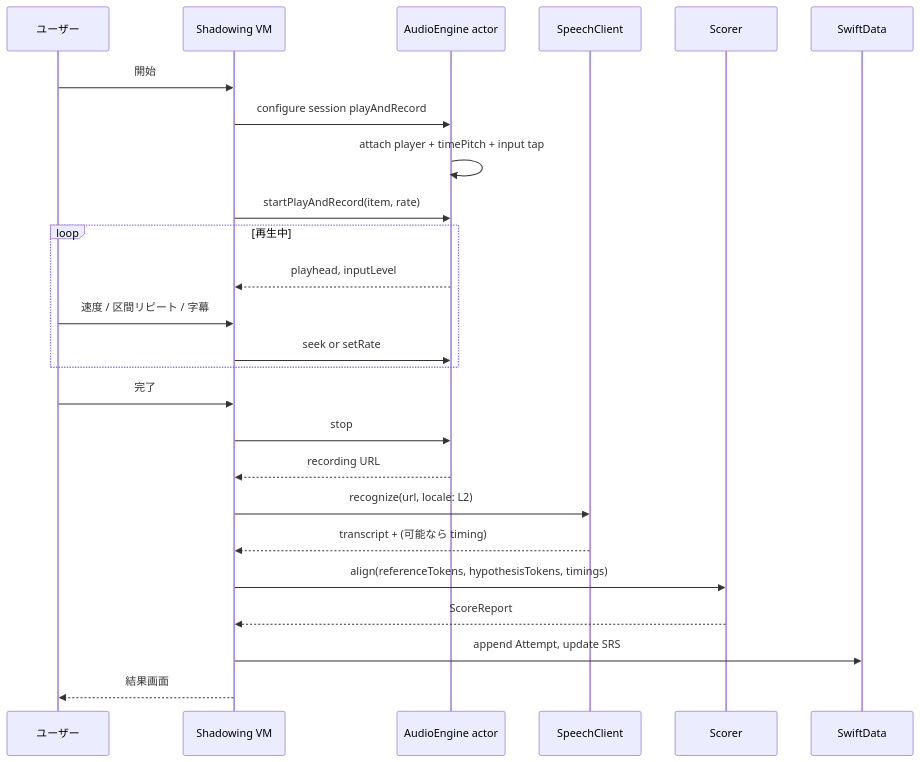
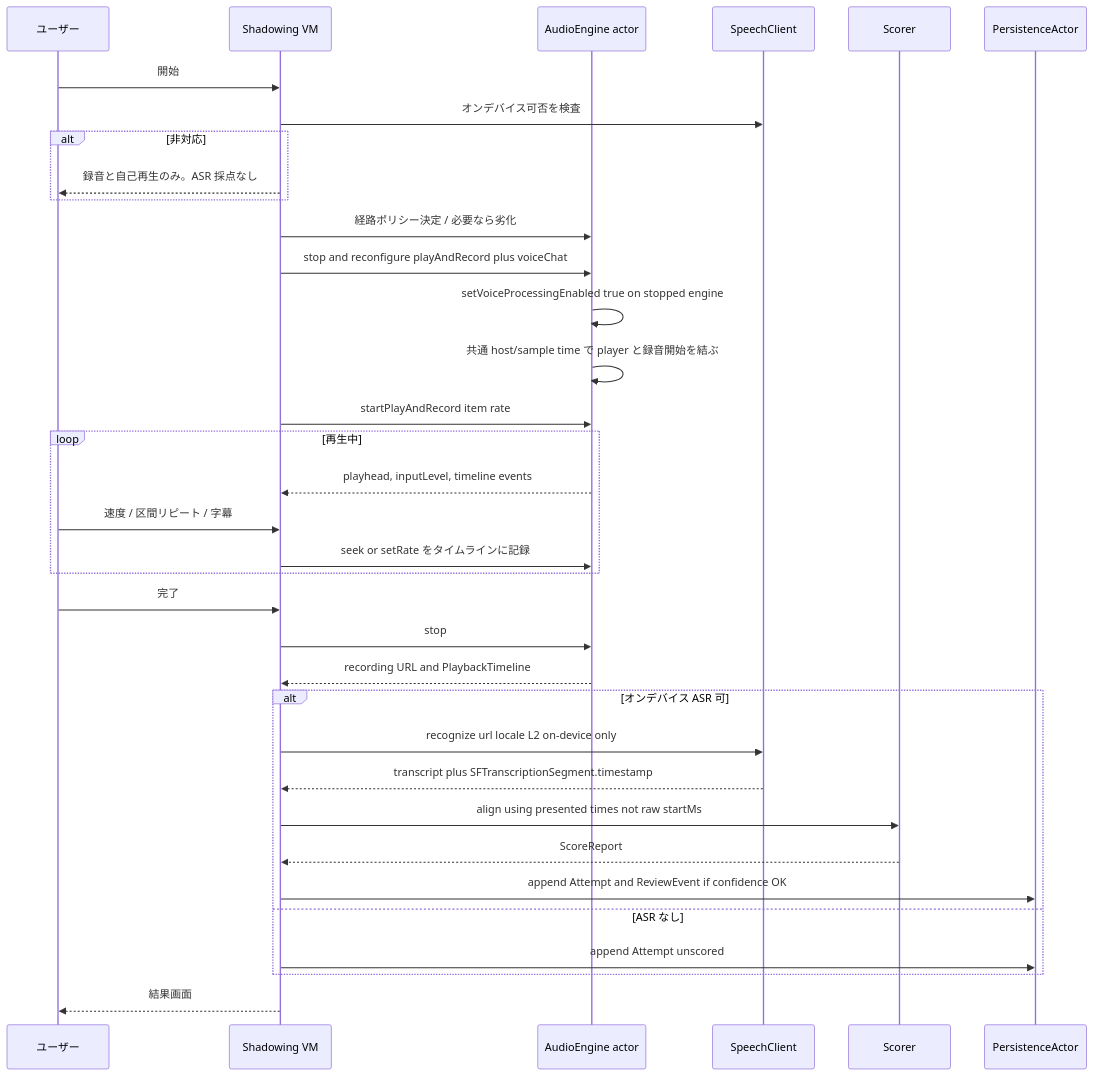
One commit to Kyogo73/SnapSpeak changed the fifth of 8 diagrams in docs/architecture.md. Above: the diagram before and after it, drawn with Mermaid. The commit also changed other lines of this file and 3 other files, not shown here.

Commit message:
Apply review feedback: audio routing policy, on-device ASR requirement, phase alignment, privacy/App Store requirements, SRS sync via append-only events

````diff
--- a/docs/architecture.md
+++ b/docs/architecture.md
@@ -233,28 +273,38 @@
 ```mermaid
 sequenceDiagram
   participant U as ユーザー
   participant VM as Shadowing VM
   participant AE as AudioEngine actor
   participant SP as SpeechClient
   participant SC as Scorer
-  participant DB as SwiftData
+  participant DB as PersistenceActor
 
   U->>VM: 開始
-  VM->>AE: configure session playAndRecord
-  AE->>AE: attach player + timePitch + input tap
-  VM->>AE: startPlayAndRecord(item, rate)
+  VM->>SP: オンデバイス可否を検査
+  alt 非対応
+    VM-->>U: 録音と自己再生のみ。ASR 採点なし
+  end
+  VM->>AE: 経路ポリシー決定 / 必要なら劣化
+  VM->>AE: stop and reconfigure playAndRecord plus voiceChat
+  AE->>AE: setVoiceProcessingEnabled true on stopped engine
+  AE->>AE: 共通 host/sample time で player と録音開始を結ぶ
+  VM->>AE: startPlayAndRecord item rate
   loop 再生中
-    AE-->>VM: playhead, inputLevel
+    AE-->>VM: playhead, inputLevel, timeline events
     U->>VM: 速度 / 区間リピート / 字幕
-    VM->>AE: seek or setRate
+    VM->>AE: seek or setRate をタイムラインに記録
   end
   U->>VM: 完了
   VM->>AE: stop
-  AE-->>VM: recording URL
-  VM->>SP: recognize(url, locale: L2)
-  SP-->>VM: transcript + (可能なら timing)
-  VM->>SC: align(referenceTokens, hypothesisTokens, timings)
-  SC-->>VM: ScoreReport
-  VM->>DB: append Attempt, update SRS
+  AE-->>VM: recording URL and PlaybackTimeline
+  alt オンデバイス ASR 可
+    VM->>SP: recognize url locale L2 on-device only
+    SP-->>VM: transcript plus SFTranscriptionSegment.timestamp
+    VM->>SC: align using presented times not raw startMs
+    SC-->>VM: ScoreReport
+    VM->>DB: append Attempt and ReviewEvent if confidence OK
+  else ASR なし
+    VM->>DB: append Attempt unscored
+  end
   VM-->>U: 結果画面
 ```
````
